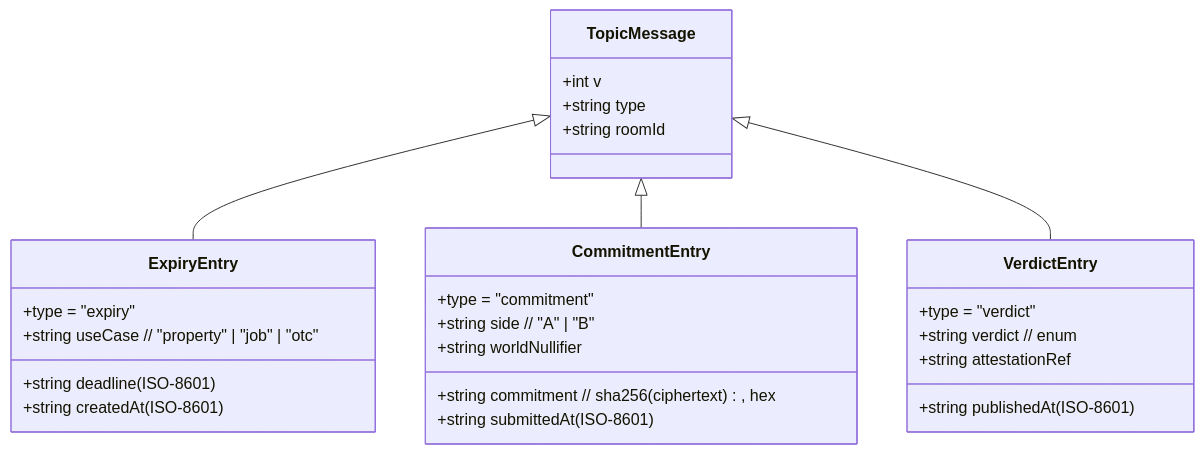
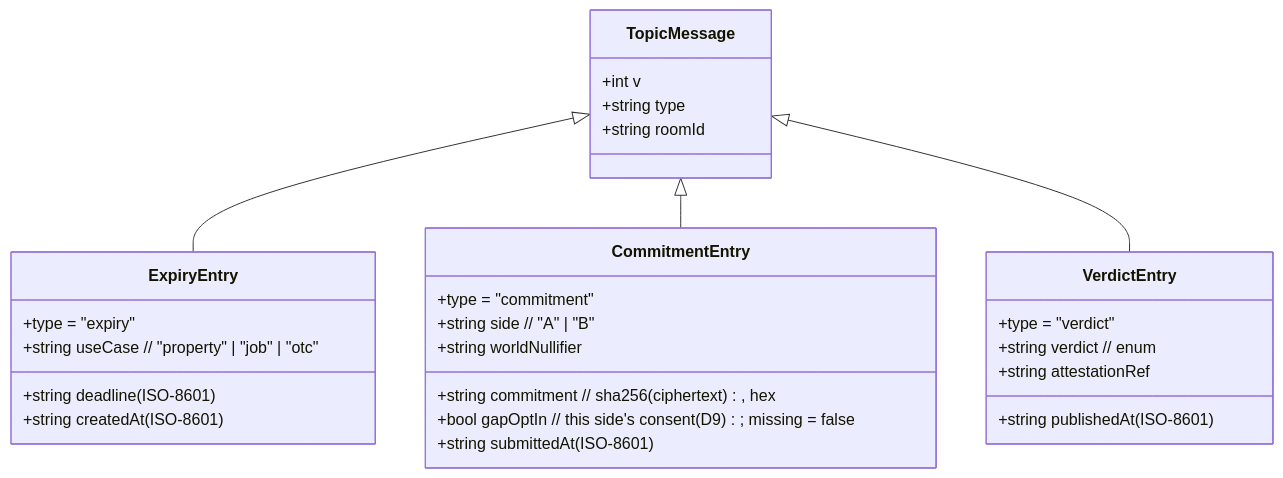
One commit to fabroche/ethglobal-lisboa-2026 changed the diagram in docs/00-overview/02-data-model.md. Above: the diagram before and after it, drawn with Mermaid. The commit also changed other lines of this file and 7 other files, not shown here.

First line of the commit message:
feat(session): per-side gap consent on the commitment message (D9 amended)

````diff
--- a/docs/00-overview/02-data-model.md
+++ b/docs/00-overview/02-data-model.md
@@ -16,30 +16,31 @@
 ```mermaid
 classDiagram
   class TopicMessage {
     +int v
     +string type
     +string roomId
   }
   class ExpiryEntry {
     +type = "expiry"
     +string useCase  // "property" | "job" | "otc"
     +string deadline (ISO-8601)
     +string createdAt (ISO-8601)
   }
   class CommitmentEntry {
     +type = "commitment"
     +string side  // "A" | "B"
     +string commitment  // sha256(ciphertext), hex
     +string worldNullifier
+    +bool gapOptIn  // this side's consent (D9); missing = false
     +string submittedAt (ISO-8601)
   }
   class VerdictEntry {
     +type = "verdict"
     +string verdict  // enum
     +string attestationRef
     +string publishedAt (ISO-8601)
   }
   TopicMessage <|-- ExpiryEntry
   TopicMessage <|-- CommitmentEntry
   TopicMessage <|-- VerdictEntry
 ```
````
